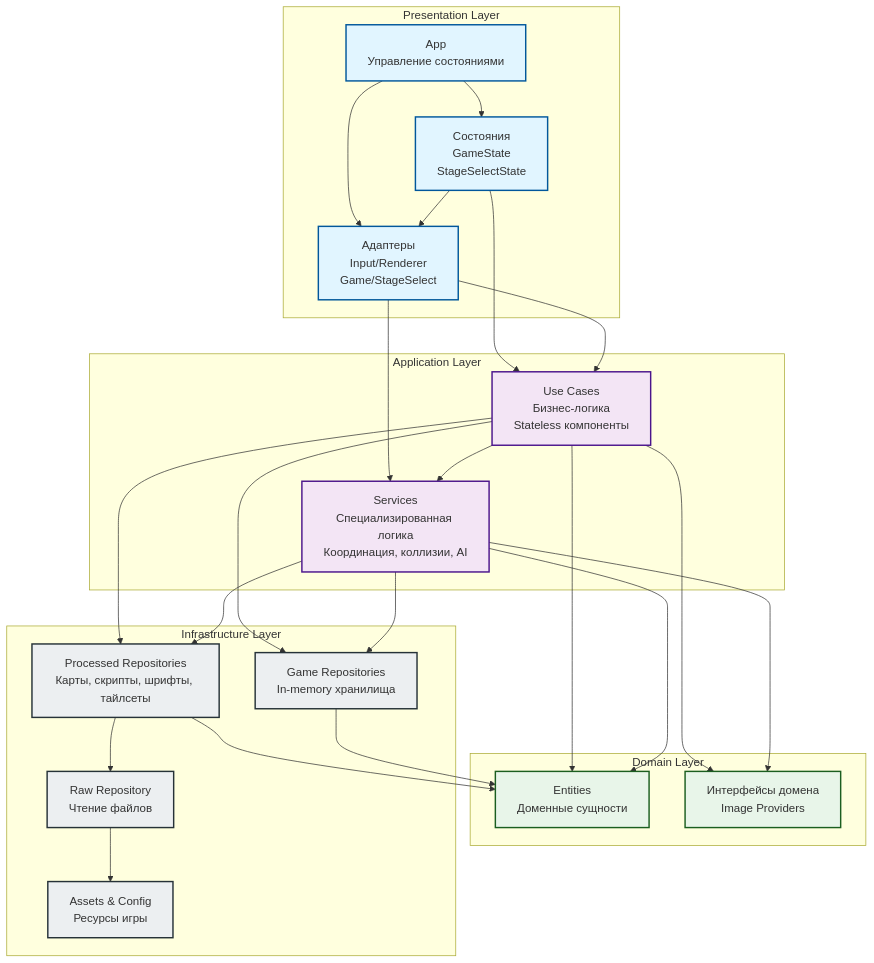
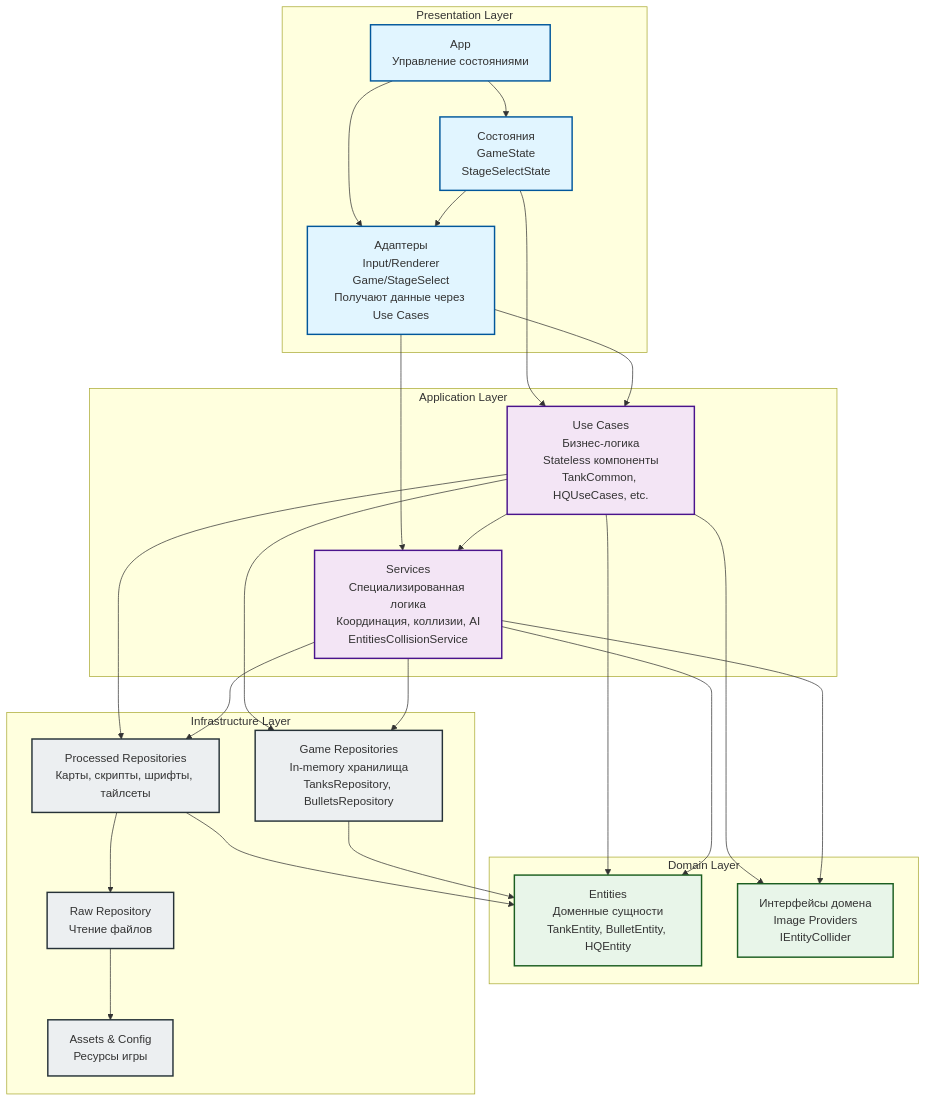
One commit to shpaker/tnk9x changed the diagram in README.md. Above: the diagram before and after it, drawn with Mermaid. The commit also changed other lines of this file and 7 other files, not shown here.

````diff
--- a/README.md
+++ b/README.md
@@ -277,57 +281,57 @@
 ```mermaid
 graph TB
     subgraph "Presentation Layer"
-        ADAPTERS[Адаптеры<br/>Input/Renderer<br/>Game/StageSelect]
+        ADAPTERS[Адаптеры<br/>Input/Renderer<br/>Game/StageSelect<br/>Получают данные через Use Cases]
         STATES[Состояния<br/>GameState<br/>StageSelectState]
         APP[App<br/>Управление состояниями]
     end
 
     subgraph "Application Layer"
-        USECASES[Use Cases<br/>Бизнес-логика<br/>Stateless компоненты]
-        SERVICES[Services<br/>Специализированная логика<br/>Координация, коллизии, AI]
+        USECASES[Use Cases<br/>Бизнес-логика<br/>Stateless компоненты<br/>TankCommon, HQUseCases, etc.]
+        SERVICES[Services<br/>Специализированная логика<br/>Координация, коллизии, AI<br/>EntitiesCollisionService]
     end
 
     subgraph "Domain Layer"
-        ENTITIES[Entities<br/>Доменные сущности]
-        INTERFACES[Интерфейсы домена<br/>Image Providers]
+        ENTITIES[Entities<br/>Доменные сущности<br/>TankEntity, BulletEntity, HQEntity]
+        INTERFACES[Интерфейсы домена<br/>Image Providers<br/>IEntityCollider]
     end
 
     subgraph "Infrastructure Layer"
         REPOSITORIES_PROCESSED[Processed Repositories<br/>Карты, скрипты, шрифты, тайлсеты]
-        REPOSITORIES_GAME[Game Repositories<br/>In-memory хранилища]
+        REPOSITORIES_GAME[Game Repositories<br/>In-memory хранилища<br/>TanksRepository, BulletsRepository]
         REPOSITORIES_RAW[Raw Repository<br/>Чтение файлов]
         INFRASTRUCTURE[Assets & Config<br/>Ресурсы игры]
     end
 
     %% Направление зависимостей
     APP --> STATES
     APP --> ADAPTERS
     STATES --> ADAPTERS
     STATES --> USECASES
     ADAPTERS --> USECASES
     ADAPTERS --> SERVICES
     USECASES --> SERVICES
     USECASES --> ENTITIES
     SERVICES --> ENTITIES
     USECASES --> INTERFACES
     SERVICES --> INTERFACES
     USECASES --> REPOSITORIES_PROCESSED
     USECASES --> REPOSITORIES_GAME
     SERVICES --> REPOSITORIES_PROCESSED
     SERVICES --> REPOSITORIES_GAME
     REPOSITORIES_PROCESSED --> REPOSITORIES_RAW
     REPOSITORIES_RAW --> INFRASTRUCTURE
     REPOSITORIES_PROCESSED --> ENTITIES
     REPOSITORIES_GAME --> ENTITIES
 
     %% Стилизация
     classDef presentation fill:#e1f5ff,stroke:#01579b,stroke-width:2px
     classDef application fill:#f3e5f5,stroke:#4a148c,stroke-width:2px
     classDef domain fill:#e8f5e9,stroke:#1b5e20,stroke-width:2px
     classDef infrastructure fill:#eceff1,stroke:#263238,stroke-width:2px
     
     class APP,ADAPTERS,STATES presentation
     class USECASES,SERVICES application
     class ENTITIES,INTERFACES domain
     class REPOSITORIES_PROCESSED,REPOSITORIES_GAME,REPOSITORIES_RAW,INFRASTRUCTURE infrastructure
 ```
````
